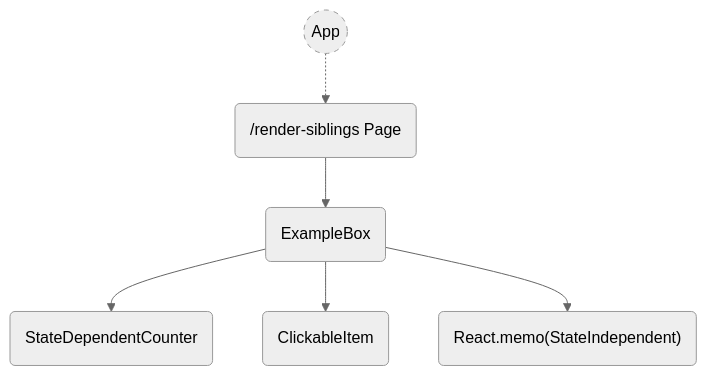
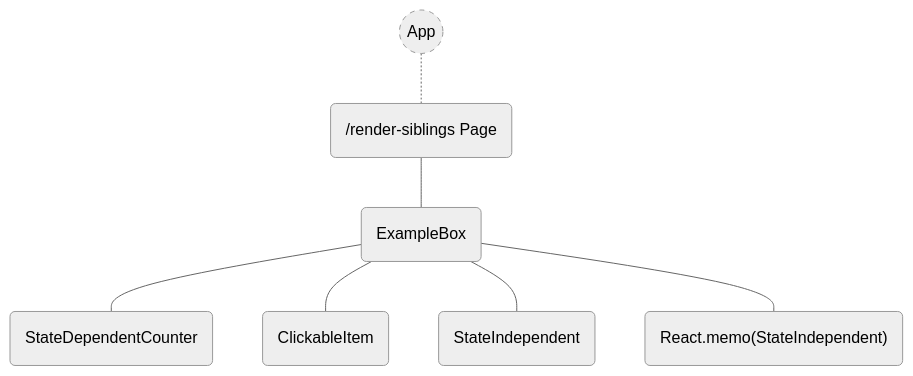
One commit to AlexeyPopovUA/me changed the fourth of 4 diagrams in front-end/content/articles/react-application-performance-profiling-and-improvement/article.mdx. Above: the diagram before and after it, drawn with Mermaid (neutral theme). The commit also changed other lines of this file and 31 other files, not shown here.

````diff
--- a/front-end/content/articles/react-application-performance-profiling-and-improvement/article.mdx
+++ b/front-end/content/articles/react-application-performance-profiling-and-improvement/article.mdx
@@ -158,9 +160,10 @@
 ```mermaid
 flowchart TB
     classDef dashed stroke-dasharray: 5 5
-    idApp((App)):::dashed -.-> idRoot(Page)
-    idRoot(/render-siblings Page) --> idEx((ExampleBox));
-    idEx(ExampleBox) --> id1(StateDependentCounter)
-    idEx(ExampleBox) --> id2(ClickableItem)
-    idEx(ExampleBox) --> id3("React.memo(StateIndependent)")
+    idApp((App)):::dashed -.- idRoot(Page)
+    idRoot(/render-siblings Page) --- idEx((ExampleBox));
+    idEx(ExampleBox) --- id1(StateDependentCounter)
+    idEx(ExampleBox) --- id2(ClickableItem)
+    idEx(ExampleBox) --- id3(StateIndependent)
+    idEx(ExampleBox) --- id4("React.memo(StateIndependent)")
 ```
````
